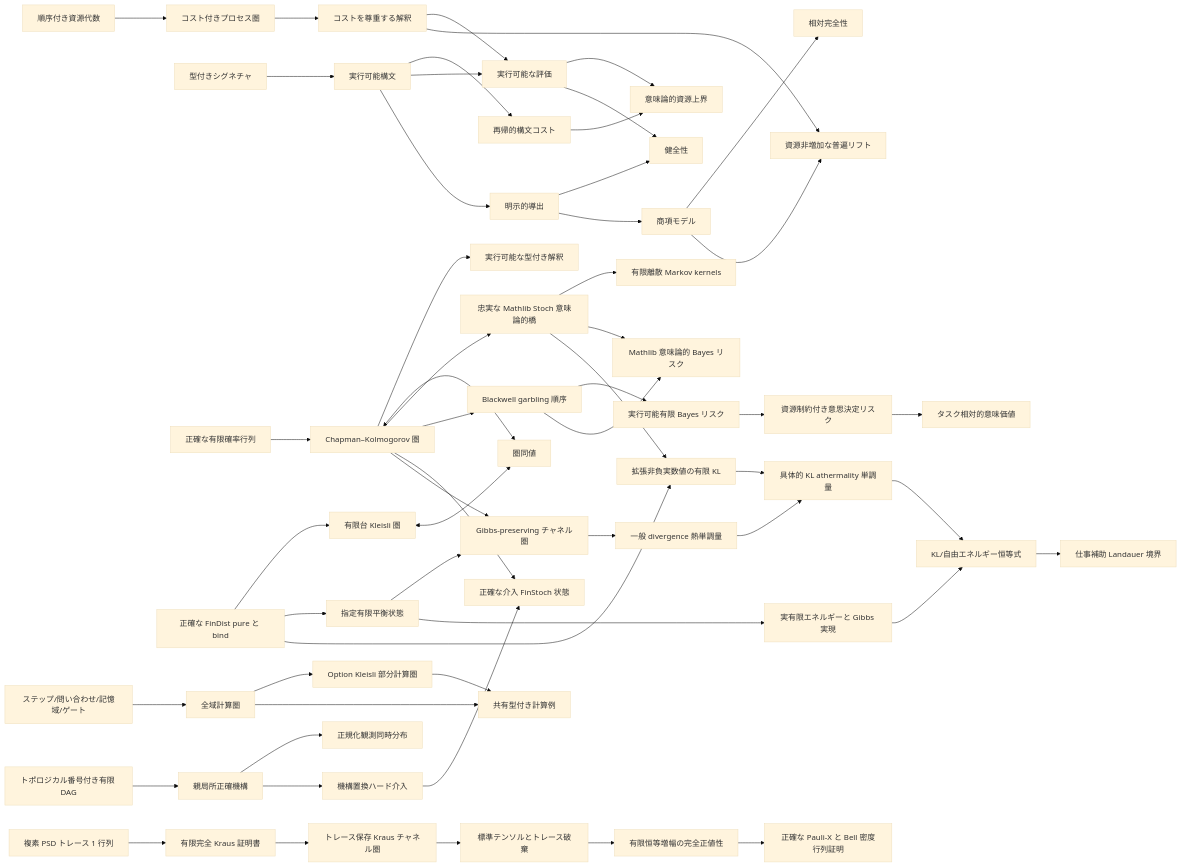
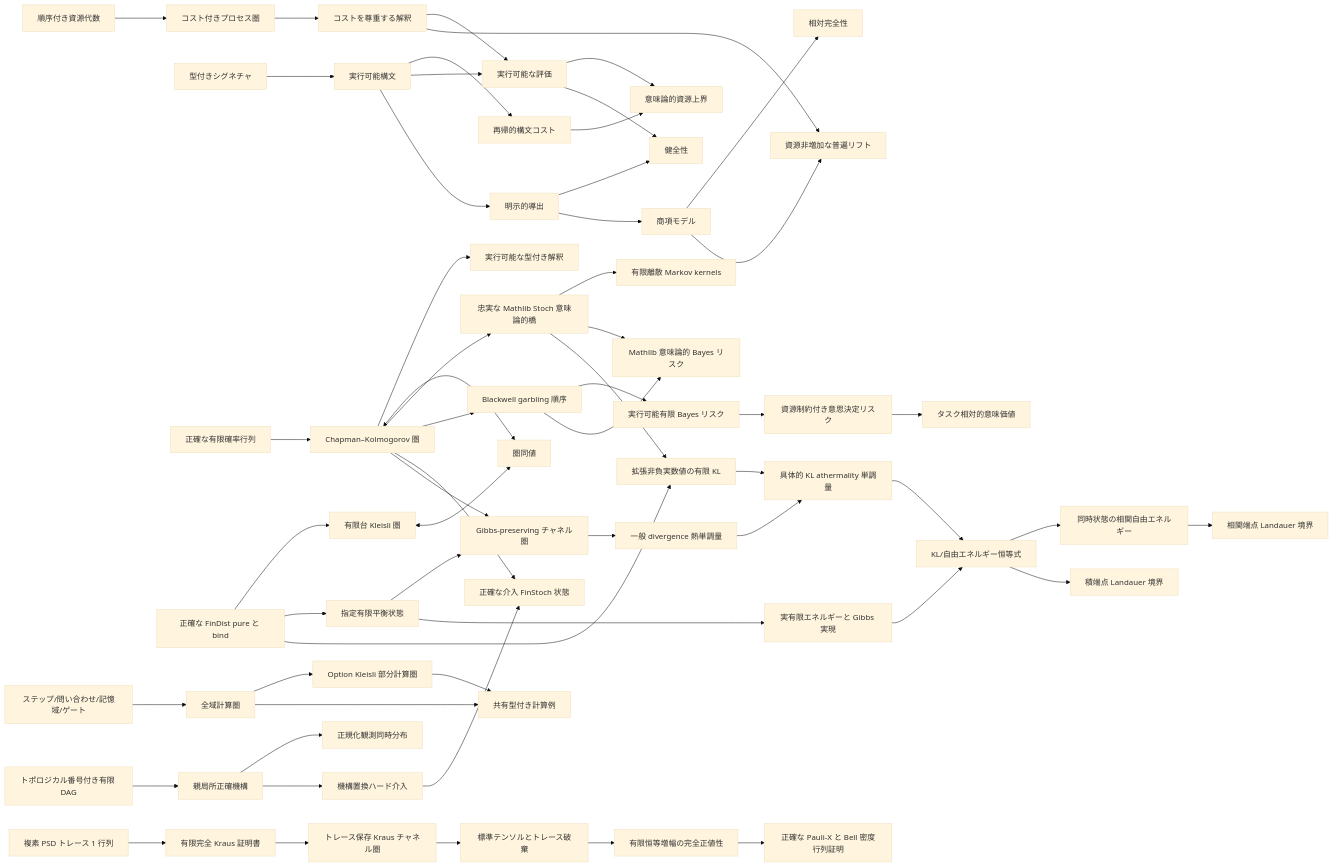
The diagram in docs/README.ja.md (miuchan/ript), drawn with Mermaid (base theme) before and after one commit. The commit also changed other lines of this file and 14 other files, not shown here.

````diff
--- a/docs/README.ja.md
+++ b/docs/README.ja.md
@@ -887,57 +914,59 @@
 ```mermaid
 flowchart LR
   R["順序付き資源代数"] --> C["コスト付きプロセス圏"]
   S["型付きシグネチャ"] --> X["実行可能構文"]
   X --> K["再帰的構文コスト"]
   C --> I["コストを尊重する解釈"]
   X --> E["実行可能な評価"]
   I --> E
   K --> B["意味論的資源上界"]
   E --> B
   X --> D["明示的導出"]
   D --> SO["健全性"]
   E --> SO
   D --> T["商項モデル"]
   T --> CO["相対完全性"]
   I --> U["資源非増加な普遍リフト"]
   T --> U
   F["正確な有限確率行列"] --> CK["Chapman–Kolmogorov 圏"]
   CK --> EX["実行可能な型付き解釈"]
   FD["正確な FinDist pure と bind"] --> KL["有限台 Kleisli 圏"]
   CK <--> EQ["圏同値"]
   KL <--> EQ
   CK --> ST["忠実な Mathlib Stoch 意味論的橋"]
   ST --> MT["有限離散 Markov kernels"]
   CK --> BW["Blackwell garbling 順序"]
   ST --> SB["Mathlib 意味論的 Bayes リスク"]
   BW --> FR["実行可能有限 Bayes リスク"]
   FR --> RR["資源制約付き意思決定リスク"]
   RR --> SV["タスク相対的意味価値"]
   BW --> SB
   CR["ステップ/問い合わせ/記憶域/ゲート"] --> TC["全域計算圏"]
   TC --> PC["Option Kleisli 部分計算圏"]
   TC --> CE["共有型付き計算例"]
   PC --> CE
   DAG["トポロジカル番号付き有限 DAG"] --> CM["親局所正確機構"]
   CM --> OJ["正規化観測同時分布"]
   CM --> DO["機構置換ハード介入"]
   DO --> IS["正確な介入 FinStoch 状態"]
   CK --> IS
   FD --> TE["指定有限平衡状態"]
   CK --> GP["Gibbs-preserving チャネル圏"]
   TE --> GP
   GP --> TM["一般 divergence 熱単調量"]
   FD --> FKL["拡張非負実数値の有限 KL"]
   ST --> FKL
   FKL --> KTM["具体的 KL athermality 単調量"]
   TM --> KTM
   TE --> GD["実有限エネルギーと Gibbs 実現"]
   GD --> FE["KL/自由エネルギー恒等式"]
   KTM --> FE
-  FE --> LW["仕事補助 Landauer 境界"]
+  FE --> Corr["同時状態の相関自由エネルギー"]
+  FE --> LW["積端点 Landauer 境界"]
+  Corr --> CLW["相関端点 Landauer 境界"]
   QB["複素 PSD トレース 1 行列"] --> QK["有限完全 Kraus 証明書"]
   QK --> QC["トレース保存 Kraus チャネル圏"]
   QC --> QT["標準テンソルとトレース破棄"]
   QT --> QP["有限恒等増幅の完全正値性"]
   QP --> QX["正確な Pauli-X と Bell 密度行列証明"]
 ```
````
